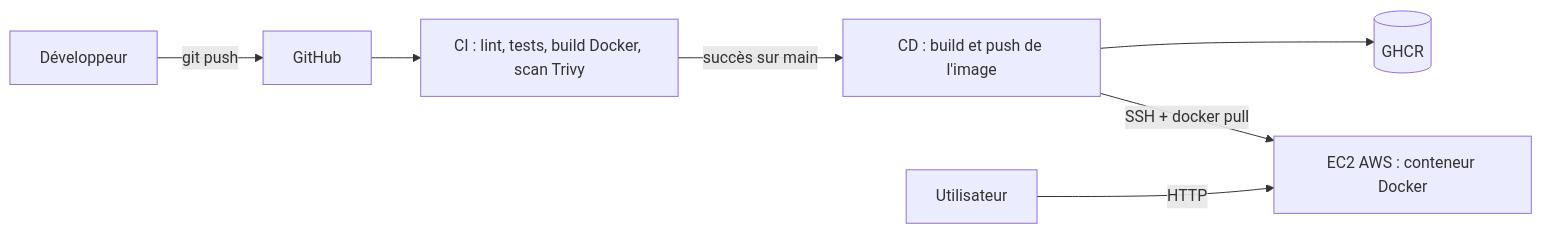
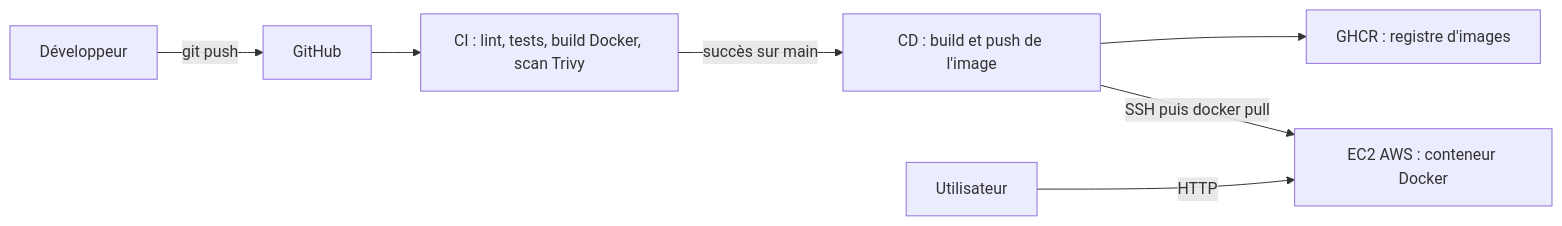
The diagram in README.md (Excelsior-0x2314/projet-devops), drawn with Mermaid before and after one commit.

Commit message:
README: schéma d'architecture à la syntaxe simplifiée

`````diff
--- a/README.md
+++ b/README.md
@@ -10,9 +10,9 @@
 ```mermaid
-flowchart LR
-    Dev[Développeur] -->|git push| GH[GitHub]
+graph LR
+    Dev["Développeur"] -->|"git push"| GH["GitHub"]
     GH --> CI["CI : lint, tests, build Docker, scan Trivy"]
-    CI -->|succès sur main| CD["CD : build et push de l'image"]
-    CD --> GHCR[(GHCR)]
-    CD -->|SSH + docker pull| EC2["EC2 AWS : conteneur Docker"]
-    User[Utilisateur] -->|HTTP| EC2
-```
+    CI -->|"succès sur main"| CD["CD : build et push de l'image"]
+    CD --> GHCR["GHCR : registre d'images"]
+    CD -->|"SSH puis docker pull"| EC2["EC2 AWS : conteneur Docker"]
+    User["Utilisateur"] -->|"HTTP"| EC2
+````
`````
